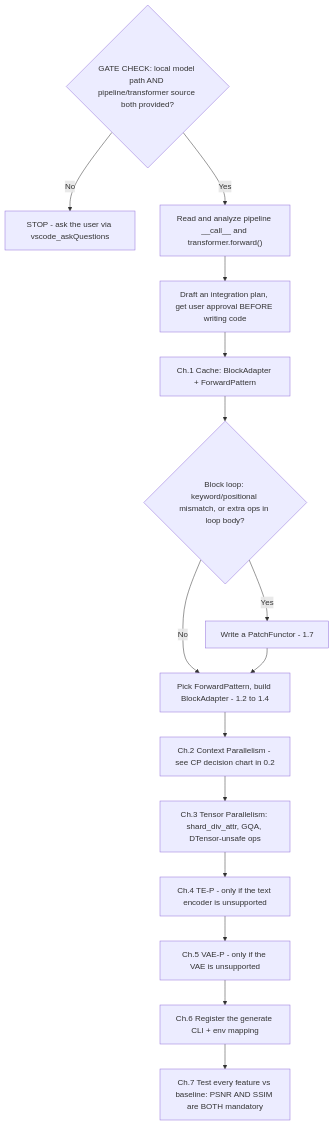
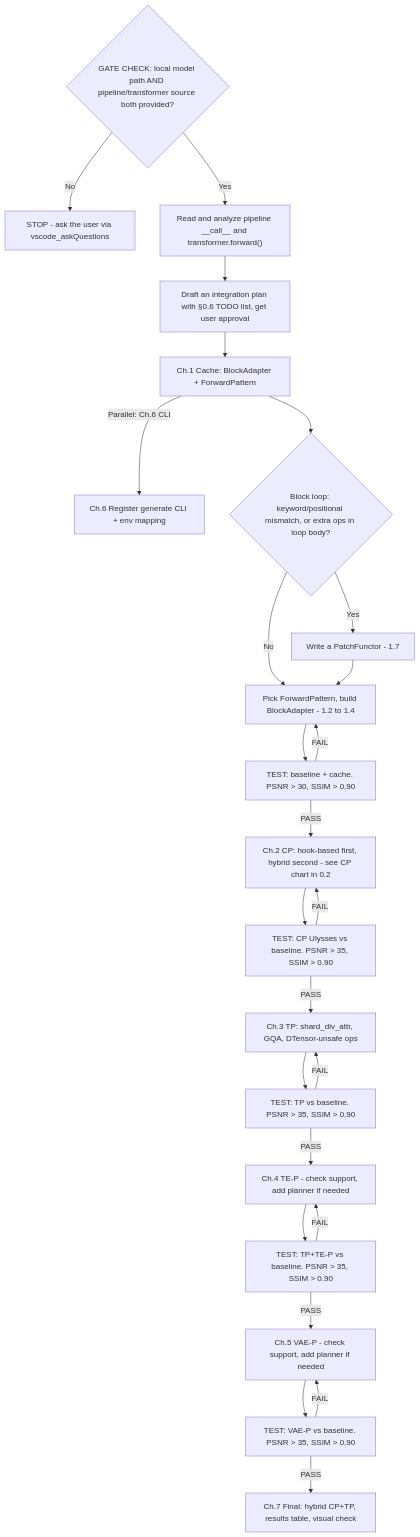
One commit to vipshop/cache-dit changed the first of 3 diagrams in .copilot/skills/cache-dit-model-integration/SKILL.md. Above: the diagram before and after it, drawn with Mermaid. The commit also changed other lines of this file, not shown here.

Commit message:
agent: opt model-integration skill (#1076)

````diff
--- a/.copilot/skills/cache-dit-model-integration/SKILL.md
+++ b/.copilot/skills/cache-dit-model-integration/SKILL.md
@@ -52,18 +54,28 @@
 ```mermaid
 flowchart TD
     G{"GATE CHECK: local model path AND pipeline/transformer source both provided?"}
     G -->|No| GA["STOP - ask the user via vscode_askQuestions"]
     G -->|Yes| A["Read and analyze pipeline __call__ and transformer.forward()"]
-    A --> PL["Draft an integration plan, get user approval BEFORE writing code"]
+    A --> PL["Draft an integration plan with §0.6 TODO list, get user approval"]
     PL --> C1["Ch.1 Cache: BlockAdapter + ForwardPattern"]
+    C1 -->|"Parallel: Ch.6 CLI"| CLI["Ch.6 Register generate CLI + env mapping"]
     C1 --> CQ{"Block loop: keyword/positional mismatch, or extra ops in loop body?"}
     CQ -->|Yes| CF["Write a PatchFunctor - 1.7"]
     CQ -->|No| CA["Pick ForwardPattern, build BlockAdapter - 1.2 to 1.4"]
     CF --> CA
-    CA --> C2["Ch.2 Context Parallelism - see CP decision chart in 0.2"]
-    C2 --> T3["Ch.3 Tensor Parallelism: shard_div_attr, GQA, DTensor-unsafe ops"]
-    T3 --> T4["Ch.4 TE-P - only if the text encoder is unsupported"]
-    T4 --> T5["Ch.5 VAE-P - only if the VAE is unsupported"]
-    T5 --> T6["Ch.6 Register the generate CLI + env mapping"]
-    T6 --> T7["Ch.7 Test every feature vs baseline: PSNR AND SSIM are BOTH mandatory"]
+    CA --> TST1["TEST: baseline + cache. PSNR > 30, SSIM > 0.90"]
+    TST1 -->|FAIL| CA
+    TST1 -->|PASS| C2["Ch.2 CP: hook-based first, hybrid second - see CP chart in 0.2"]
+    C2 --> TST2["TEST: CP Ulysses vs baseline. PSNR > 35, SSIM > 0.90"]
+    TST2 -->|FAIL| C2
+    TST2 -->|PASS| T3["Ch.3 TP: shard_div_attr, GQA, DTensor-unsafe ops"]
+    T3 --> TST3["TEST: TP vs baseline. PSNR > 35, SSIM > 0.90"]
+    TST3 -->|FAIL| T3
+    TST3 -->|PASS| T4["Ch.4 TE-P - check support, add planner if needed"]
+    T4 --> TST4["TEST: TP+TE-P vs baseline. PSNR > 35, SSIM > 0.90"]
+    TST4 -->|FAIL| T4
+    TST4 -->|PASS| T5["Ch.5 VAE-P - check support, add planner if needed"]
+    T5 --> TST5["TEST: VAE-P vs baseline. PSNR > 35, SSIM > 0.90"]
+    TST5 -->|FAIL| T5
+    TST5 -->|PASS| T7["Ch.7 Final: hybrid CP+TP, results table, visual check"]
 ```
````
